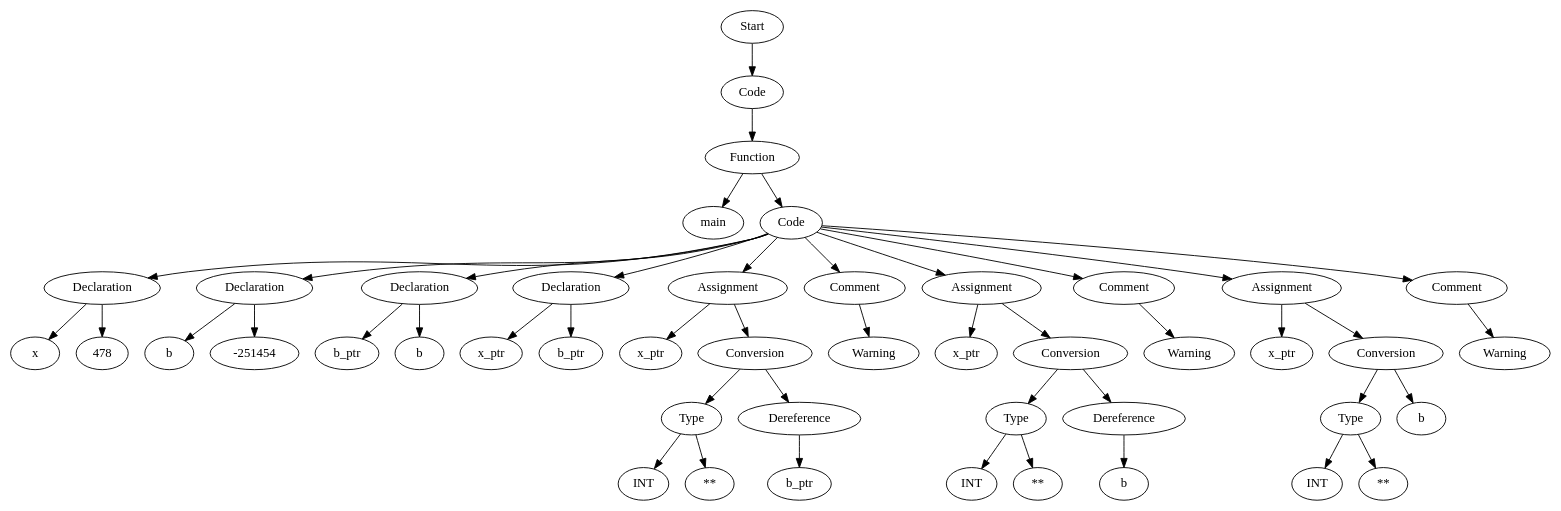
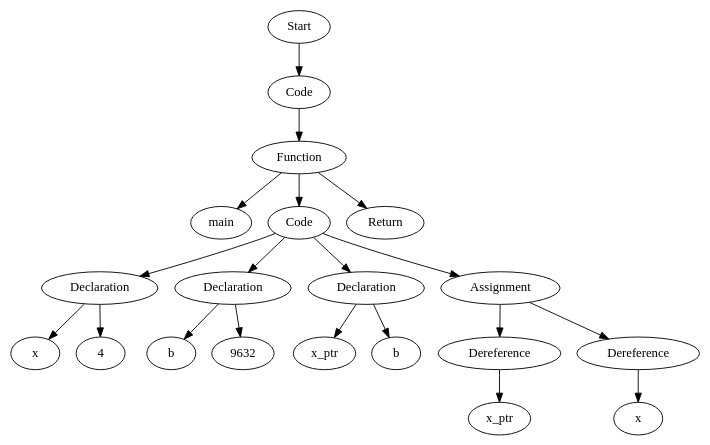
The diagram in src/TestFiles/ASTTests/SemanticErrorsTests/CreateTests/read_file_after.dot (Are-you-listening/Compilers), drawn with Graphviz before and after one commit. The commit also changed 45 other files, not shown here.

```diff
--- a/src/TestFiles/ASTTests/SemanticErrorsTests/CreateTests/read_file_after.dot
+++ b/src/TestFiles/ASTTests/SemanticErrorsTests/CreateTests/read_file_after.dot
@@ -1,93 +1,41 @@
 digraph AST {
-  "128432577245008" [label="Start"];
-  "128432577245008" -> "128432577247600";
-  "128432577247600" [label="Code"];
-  "128432577247600" -> "128432577249088";
-  "128432577249088" [label="Function"];
-  "128432577249088" -> "128432577248944";
-  "128432577249088" -> "128432577248896";
-  "128432577248944" [label="main"];
-  "128432577248896" [label="Code"];
-  "128432577248896" -> "128432577248752";
-  "128432577248896" -> "128432577248656";
-  "128432577248896" -> "128432577248464";
-  "128432577248896" -> "128432577248272";
-  "128432577248896" -> "128432577248080";
-  "128432577248896" -> "128432577247888";
-  "128432577248896" -> "128432577242800";
-  "128432577248896" -> "128432577242608";
-  "128432577248896" -> "128432577242080";
-  "128432577248896" -> "128432577241888";
-  "128432577248752" [label="Declaration"];
-  "128432577248752" -> "128432577248608";
-  "128432577248752" -> "128432577248560";
-  "128432577248608" [label="x"];
-  "128432577248560" [label="478"];
-  "128432577248656" [label="Declaration"];
-  "128432577248656" -> "128432577248416";
-  "128432577248656" -> "128432577248368";
-  "128432577248416" [label="b"];
-  "128432577248368" [label="-251454"];
-  "128432577248464" [label="Declaration"];
-  "128432577248464" -> "128432577248224";
-  "128432577248464" -> "128432577248176";
-  "128432577248224" [label="b_ptr"];
-  "128432577248176" [label="b"];
-  "128432577248272" [label="Declaration"];
-  "128432577248272" -> "128432577248032";
-  "128432577248272" -> "128432577247984";
-  "128432577248032" [label="x_ptr"];
-  "128432577247984" [label="b_ptr"];
-  "128432577248080" [label="Assignment"];
-  "128432577248080" -> "128432577247840";
-  "128432577248080" -> "128432577247792";
-  "128432577247840" [label="x_ptr"];
-  "128432577247792" [label="Conversion"];
-  "128432577247792" -> "128432577247648";
-  "128432577247792" -> "128432577242992";
-  "128432577247648" [label="Type"];
-  "128432577247648" -> "128432577242944";
-  "128432577247648" -> "128432577242896";
-  "128432577242944" [label="INT"];
-  "128432577242896" [label="**"];
-  "128432577242992" [label="Dereference"];
-  "128432577242992" -> "128432577242752";
-  "128432577242752" [label="b_ptr"];
-  "128432577247888" [label="Comment"];
-  "128432577247888" -> "128432577242704";
-  "128432577242704" [label="Warning"];
-  "128432577242800" [label="Assignment"];
-  "128432577242800" -> "128432577242560";
-  "128432577242800" -> "128432577242512";
-  "128432577242560" [label="x_ptr"];
-  "128432577242512" [label="Conversion"];
-  "128432577242512" -> "128432577242368";
-  "128432577242512" -> "128432577242272";
-  "128432577242368" [label="Type"];
-  "128432577242368" -> "128432577242224";
-  "128432577242368" -> "128432577242176";
-  "128432577242224" [label="INT"];
-  "128432577242176" [label="**"];
-  "128432577242272" [label="Dereference"];
-  "128432577242272" -> "128432577242032";
-  "128432577242032" [label="b"];
-  "128432577242608" [label="Comment"];
-  "128432577242608" -> "128432577241984";
-  "128432577241984" [label="Warning"];
-  "128432577242080" [label="Assignment"];
-  "128432577242080" -> "128432577241840";
-  "128432577242080" -> "128432577241792";
-  "128432577241840" [label="x_ptr"];
-  "128432577241792" [label="Conversion"];
-  "128432577241792" -> "128432577241648";
-  "128432577241792" -> "128432577241552";
-  "128432577241648" [label="Type"];
-  "128432577241648" -> "128432577241504";
-  "128432577241648" -> "128432577241456";
-  "128432577241504" [label="INT"];
-  "128432577241456" [label="**"];
-  "128432577241552" [label="b"];
-  "128432577241888" [label="Comment"];
-  "128432577241888" -> "128432577241360";
-  "128432577241360" [label="Warning"];
+  "133279316232704" [label="Start"];
+  "133279316232704" -> "133279316230448";
+  "133279316230448" [label="Code"];
+  "133279316230448" -> "133279316245184";
+  "133279316245184" [label="Function"];
+  "133279316245184" -> "133279316245328";
+  "133279316245184" -> "133279316245376";
+  "133279316245184" -> "133279316245472";
+  "133279316245328" [label="main"];
+  "133279316245376" [label="Code"];
+  "133279316245376" -> "133279316245520";
+  "133279316245376" -> "133279316245616";
+  "133279316245376" -> "133279316245808";
+  "133279316245376" -> "133279316246000";
+  "133279316245520" [label="Declaration"];
+  "133279316245520" -> "133279316245664";
+  "133279316245520" -> "133279316245712";
+  "133279316245664" [label="x"];
+  "133279316245712" [label="4"];
+  "133279316245616" [label="Declaration"];
+  "133279316245616" -> "133279316245856";
+  "133279316245616" -> "133279316245904";
+  "133279316245856" [label="b"];
+  "133279316245904" [label="9632"];
+  "133279316245808" [label="Declaration"];
+  "133279316245808" -> "133279316246048";
+  "133279316245808" -> "133279316246096";
+  "133279316246048" [label="x_ptr"];
+  "133279316246096" [label="b"];
+  "133279316246000" [label="Assignment"];
+  "133279316246000" -> "133279316246240";
+  "133279316246000" -> "133279316246336";
+  "133279316246240" [label="Dereference"];
+  "133279316246240" -> "133279316246384";
+  "133279316246384" [label="x_ptr"];
+  "133279316246336" [label="Dereference"];
+  "133279316246336" -> "133279316426816";
+  "133279316426816" [label="x"];
+  "133279316245472" [label="Return"];
 }
```
